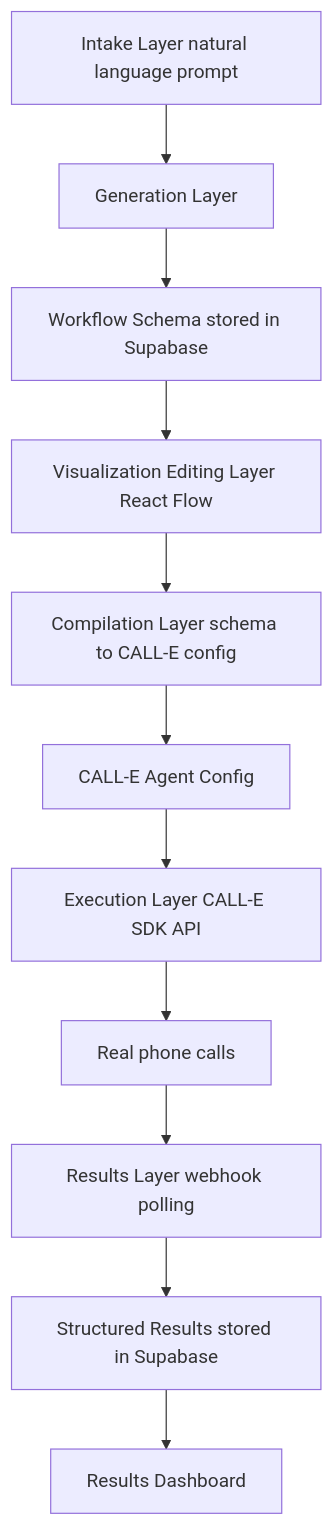
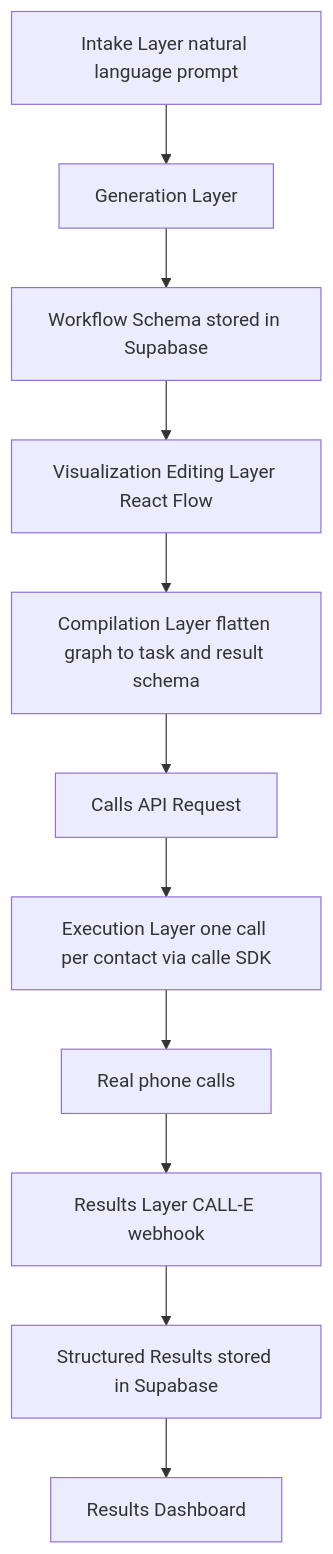
One commit to srijan399/veyra changed the diagram in TECHNICAL_ARCH.md. Above: the diagram before and after it, drawn with Mermaid. The commit also changed other lines of this file and 10 other files, not shown here.

````diff
--- a/TECHNICAL_ARCH.md
+++ b/TECHNICAL_ARCH.md
@@ -56,15 +56,15 @@
 ```mermaid
 
 flowchart TD
     A[Intake Layer natural language prompt] --> B[Generation Layer]
     B --> C[Workflow Schema stored in Supabase]
     C --> D[Visualization Editing Layer React Flow]
-    D --> E[Compilation Layer schema to CALL-E config]
-    E --> F[CALL-E Agent Config]
-    F --> G[Execution Layer CALL-E SDK API]
+    D --> E[Compilation Layer flatten graph to task and result schema]
+    E --> F[Calls API Request]
+    F --> G[Execution Layer one call per contact via calle SDK]
     G --> H[Real phone calls]
-    H --> I[Results Layer webhook polling]
+    H --> I[Results Layer CALL-E webhook]
     I --> J[Structured Results stored in Supabase]
     J --> K[Results Dashboard]
 
 ```
````
